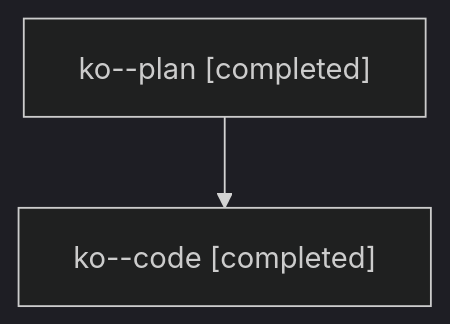
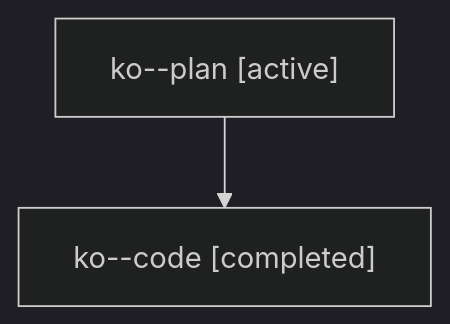
One commit to sase-org/sase--agents changed the diagram in families/bbugyi200.athena.ko.md. Above: the diagram before and after it, drawn with Mermaid (dark theme). The commit also changed other lines of this file and 8679 other files, not shown here.

````diff
--- a/families/bbugyi200.athena.ko.md
+++ b/families/bbugyi200.athena.ko.md
@@ -9,6 +9,6 @@
 ```mermaid
 flowchart TD
-  n0["ko--plan [completed]"]
+  n0["ko--plan [active]"]
   n1["ko--code [completed]"]
   n0 --> n1
 ```
````
